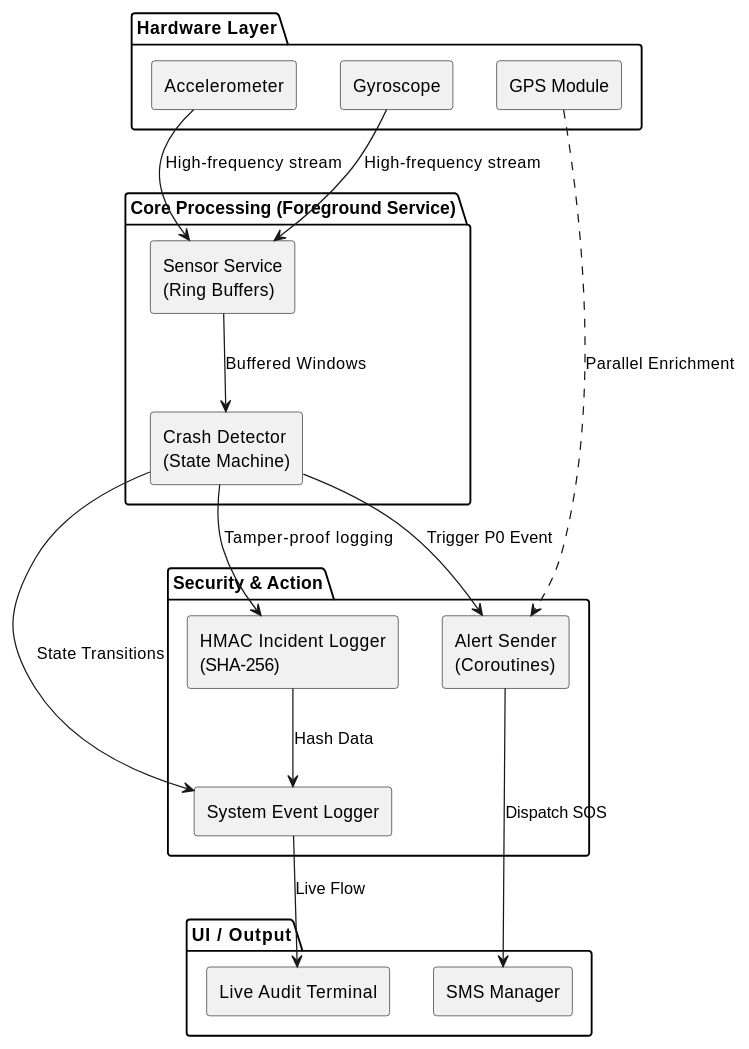
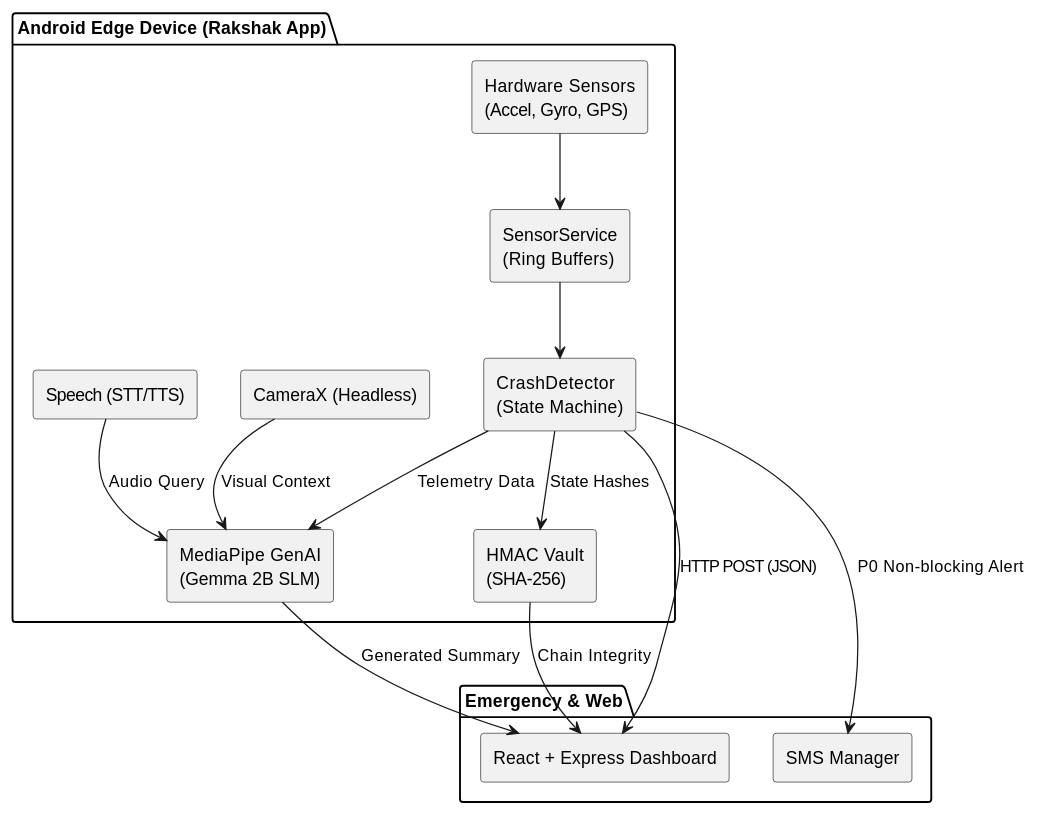
The first of 2 diagrams in README.md (CodeWithRJ006/rakshak), drawn with PlantUML before and after one commit. The commit also changed other lines of this file, not shown here.

Commit message:
docs: Comprehensive README update with AI, Dashboard, and Tier 3 features

````diff
--- a/README.md
+++ b/README.md
@@ -32,40 +29,35 @@
 ```plantuml
 @startuml
 skinparam componentStyle rectangle
 skinparam backgroundColor transparent
 
-package "Hardware Layer" {
-  [Accelerometer] as Accel
-  [Gyroscope] as Gyro
-  [GPS Module] as GPS
+package "Android Edge Device (Rakshak App)" {
+  [Hardware Sensors\n(Accel, Gyro, GPS)] as Sensors
+  [CameraX (Headless)] as Camera
+  [Speech (STT/TTS)] as Voice
+  
+  [SensorService\n(Ring Buffers)] as Service
+  [CrashDetector\n(State Machine)] as Detector
+  
+  [MediaPipe GenAI\n(Gemma 2B SLM)] as AI
+  [HMAC Vault\n(SHA-256)] as Logger
+  
+  Sensors --> Service
+  Service --> Detector
+  Camera --> AI : Visual Context
+  Voice --> AI : Audio Query
+  Detector --> AI : Telemetry Data
+  Detector --> Logger : State Hashes
 }
 
-package "Core Processing (Foreground Service)" {
-  [Sensor Service\n(Ring Buffers)] as Service
-  [Crash Detector\n(State Machine)] as Detector
+package "Emergency & Web" {
+  [SMS Manager] as SMS
+  [React + Express Dashboard] as Dashboard
 }
 
-package "Security & Action" {
-  [HMAC Incident Logger\n(SHA-256)] as Logger
-  [Alert Sender\n(Coroutines)] as Alert
-  [System Event Logger] as EventLog
-}
-
-package "UI / Output" {
-  [Live Audit Terminal] as UI
-  [SMS Manager] as SMS
-}
-
-Accel --> Service : High-frequency stream
-Gyro --> Service : High-frequency stream
-Service --> Detector : Buffered Windows
-Detector --> Logger : Tamper-proof logging
-Detector --> Alert : Trigger P0 Event
-GPS -.-> Alert : Parallel Enrichment
-Alert --> SMS : Dispatch SOS
-Logger --> EventLog : Hash Data
-Detector --> EventLog : State Transitions
-EventLog --> UI : Live Flow
-
+Detector --> SMS : P0 Non-blocking Alert
+Detector --> Dashboard : HTTP POST (JSON)
+Logger --> Dashboard : Chain Integrity
+AI --> Dashboard : Generated Summary
 @enduml
 ```
````
